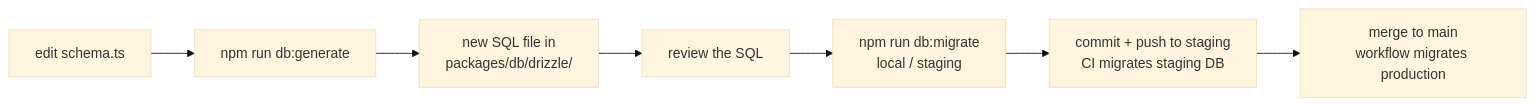
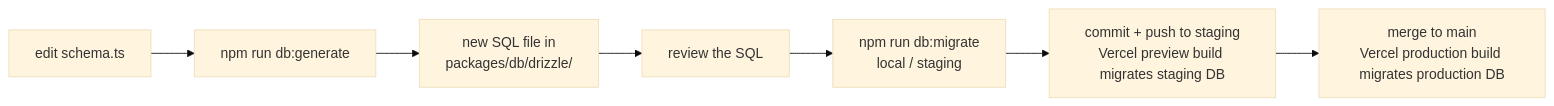
One commit to tsowems/sponsorship-finder changed the second of 2 diagrams in docs/04-database.md. Above: the diagram before and after it, drawn with Mermaid (base theme). The commit also changed other lines of this file and 6 other files, not shown here.

````diff
--- a/docs/04-database.md
+++ b/docs/04-database.md
@@ -140,9 +140,9 @@
 ```mermaid
 flowchart LR
   A[edit schema.ts] --> B[npm run db:generate]
   B --> C[new SQL file in<br/>packages/db/drizzle/]
   C --> D[review the SQL]
   D --> E[npm run db:migrate<br/>local / staging]
-  E --> F[commit + push to staging<br/>CI migrates staging DB]
-  F --> G[merge to main<br/>workflow migrates production]
+  E --> F[commit + push to staging<br/>Vercel preview build migrates staging DB]
+  F --> G[merge to main<br/>Vercel production build migrates production DB]
 ```
````
